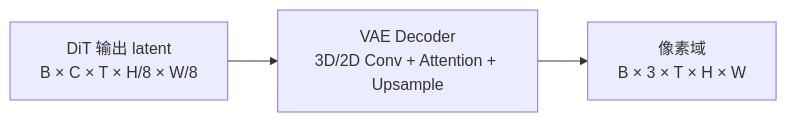
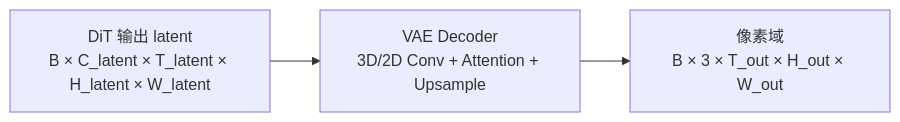
The diagram in knowledge/model/inference/concepts/modules/vae.md (Atlas-Ascend-Fork/cannbot-knowledge), drawn with Mermaid before and after one commit. The commit also changed other lines of this file and 441 other files, not shown here.

````diff
--- a/knowledge/model/inference/concepts/modules/vae.md
+++ b/knowledge/model/inference/concepts/modules/vae.md
@@ -44,5 +44,5 @@
 ```mermaid
 flowchart LR
- Latent[DiT 输出 latent<br/>B × C × T × H/8 × W/8] --> VAE[VAE Decoder<br/>3D/2D Conv + Attention + Upsample]
- VAE --> Pix[像素域<br/>B × 3 × T × H × W]
+ Latent[DiT 输出 latent<br/>B × C_latent × T_latent × H_latent × W_latent] --> VAE[VAE Decoder<br/>3D/2D Conv + Attention + Upsample]
+ VAE --> Pix[像素域<br/>B × 3 × T_out × H_out × W_out]
 ```
````
